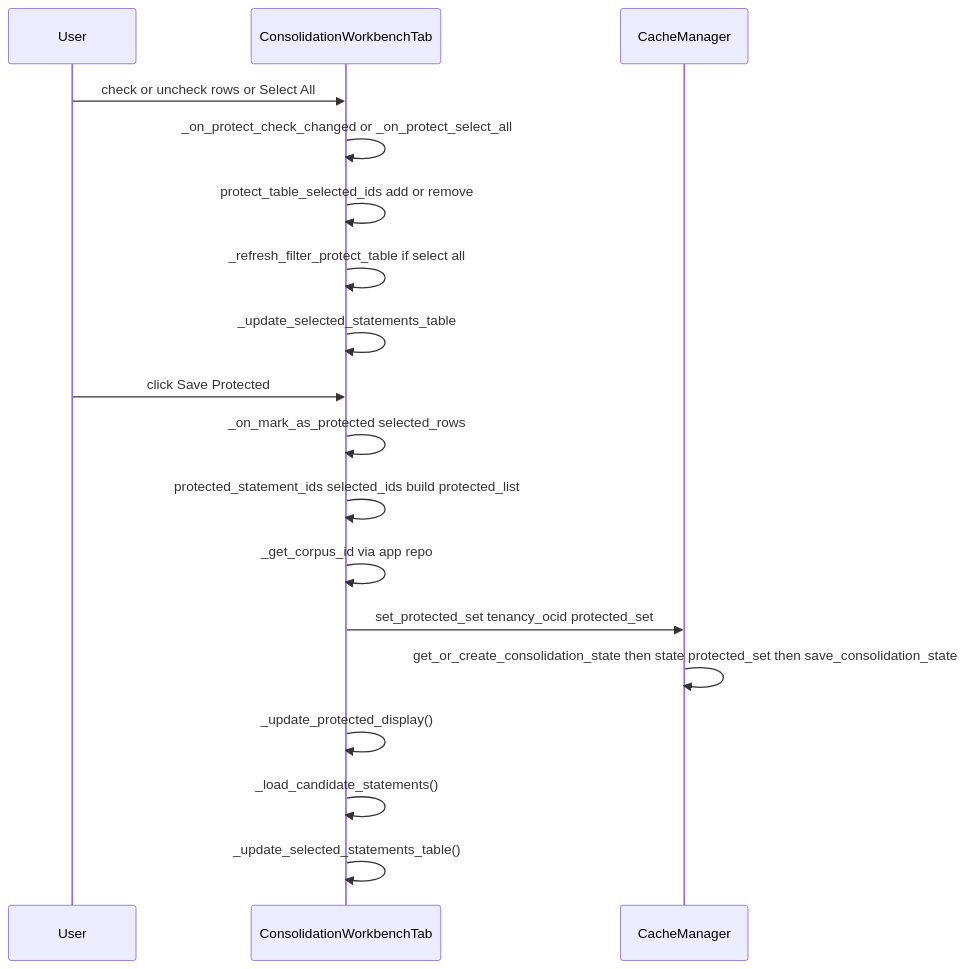
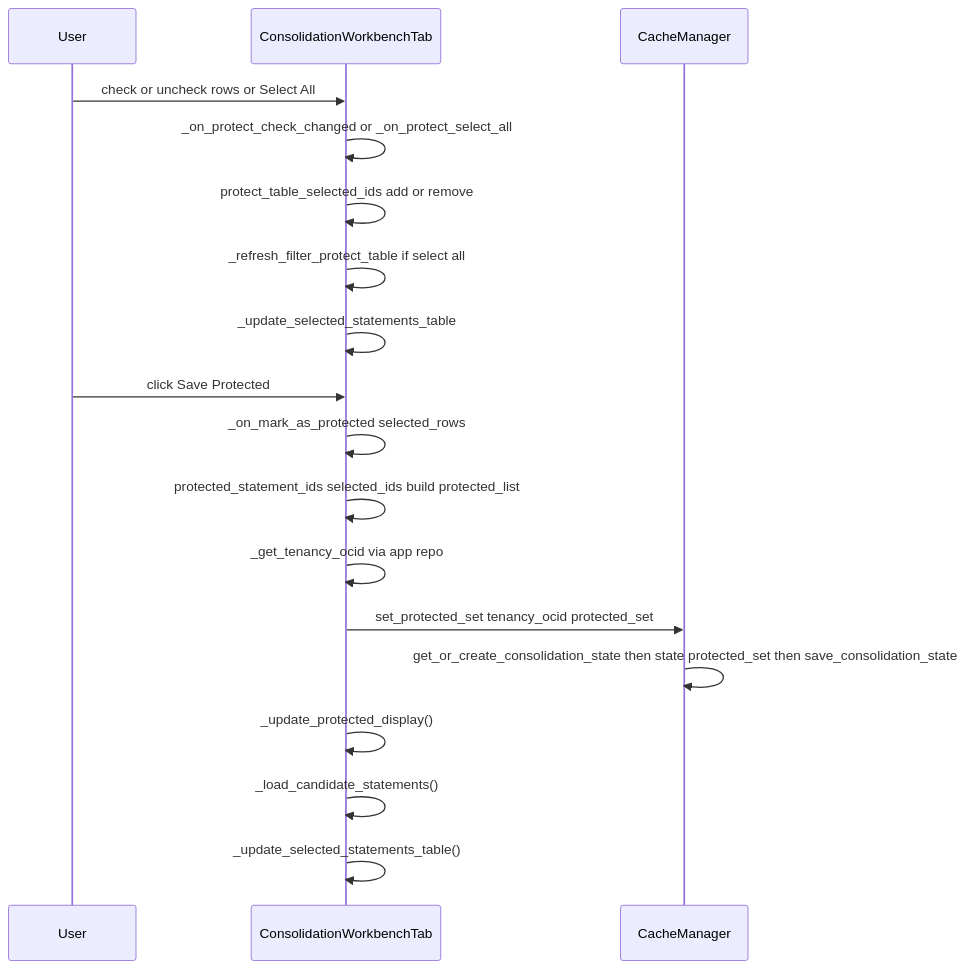
One commit to agregory999/oci-policy-analysis changed the seventh of 10 diagrams in docs/context/project/CONTEXT_policy_consolidation.md. Above: the diagram before and after it, drawn with Mermaid. The commit also changed other lines of this file and 21 other files, not shown here.

````diff
--- a/docs/context/project/CONTEXT_policy_consolidation.md
+++ b/docs/context/project/CONTEXT_policy_consolidation.md
@@ -296,22 +297,22 @@
 ```mermaid
 sequenceDiagram
     participant User
     participant Workbench as ConsolidationWorkbenchTab
     participant Cache as CacheManager
 
     User->>Workbench: check or uncheck rows or Select All
     Workbench->>Workbench: _on_protect_check_changed or _on_protect_select_all
     Workbench->>Workbench: protect_table_selected_ids add or remove
     Workbench->>Workbench: _refresh_filter_protect_table if select all
     Workbench->>Workbench: _update_selected_statements_table
 
     User->>Workbench: click Save Protected
     Workbench->>Workbench: _on_mark_as_protected selected_rows
     Workbench->>Workbench: protected_statement_ids selected_ids build protected_list
-    Workbench->>Workbench: _get_corpus_id via app repo
+    Workbench->>Workbench: _get_tenancy_ocid via app repo
     Workbench->>Cache: set_protected_set tenancy_ocid protected_set
     Cache->>Cache: get_or_create_consolidation_state then state protected_set then save_consolidation_state
     Workbench->>Workbench: _update_protected_display()
     Workbench->>Workbench: _load_candidate_statements()
     Workbench->>Workbench: _update_selected_statements_table()
 ```
````
